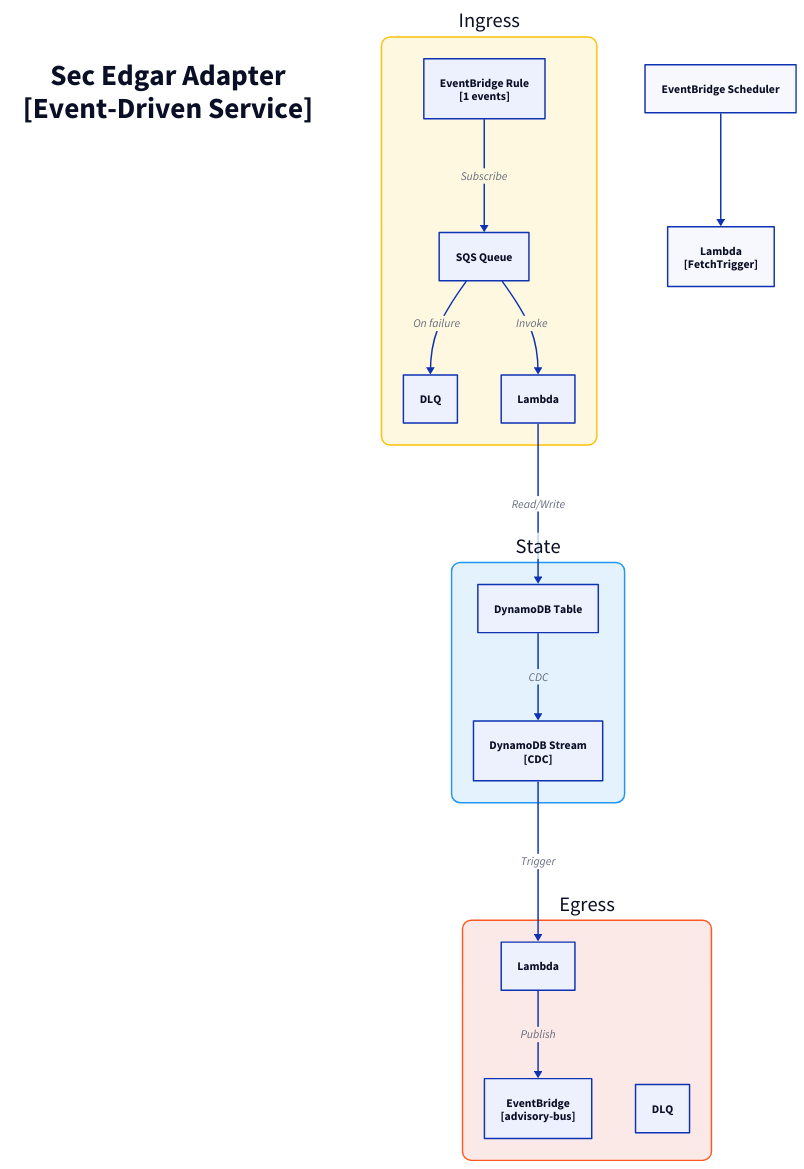
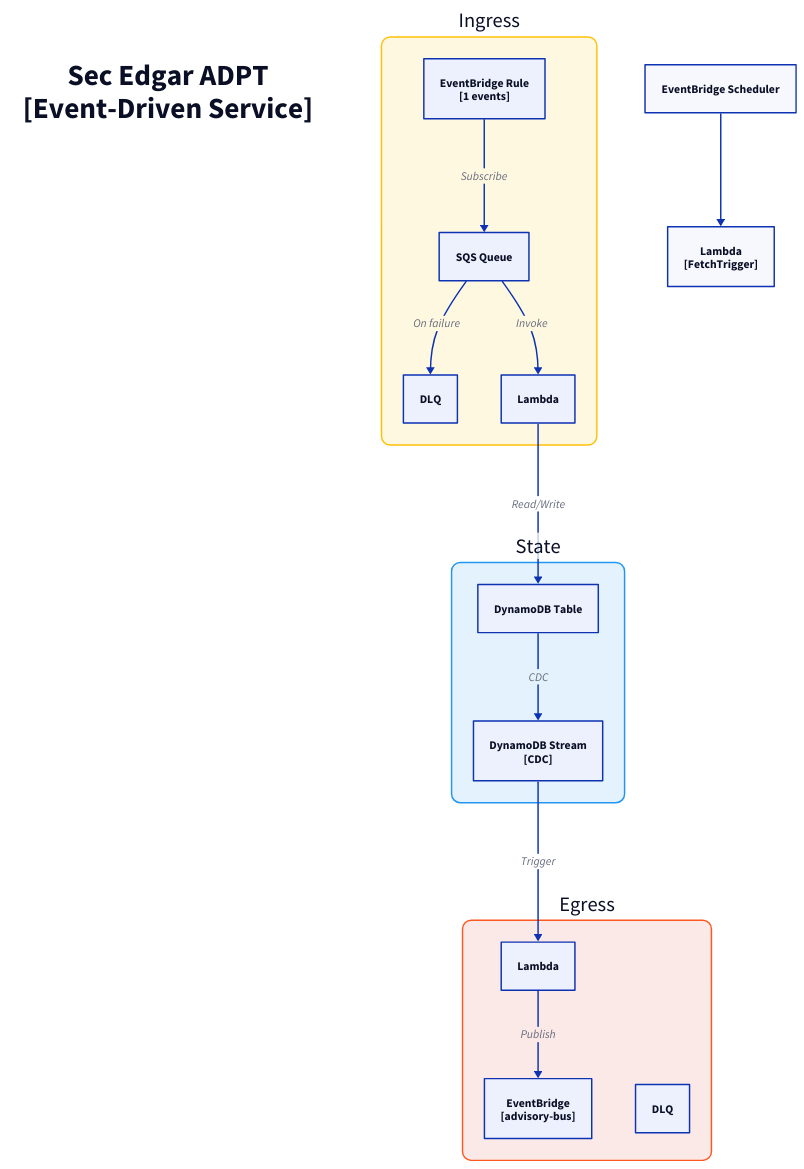
The diagram in docs/architecture/c3/sec-edgar-adpt.d2 (fabio-vitali/nestfolio), drawn with D2 before and after one commit. The commit also changed 57 other files, not shown here.

Commit message:
fix: c4 diagrams fixes

```diff
--- a/docs/architecture/c3/sec-edgar-adpt.d2
+++ b/docs/architecture/c3/sec-edgar-adpt.d2
@@ -1,42 +1,42 @@
 direction: down
 
-title: "Sec Edgar Adapter\n[Event-Driven Service]" {
+title: "Sec Edgar ADPT\n[Event-Driven Service]" {
   style: { font-size: 40; bold: true; fill: transparent; stroke: transparent }
 }
 
 ingress: "Ingress" {
   style: { fill: "#FFF8E1"; stroke: "#FFC107"; border-radius: 12; font-size: 28 }
   rule: "EventBridge Rule\n[1 events]" { class: aws-eventbridge }
   sqs: "SQS Queue" { class: aws-sqs }
   dlq: "DLQ" { class: aws-dlq }
   handler: "Lambda" { class: aws-lambda }
 
   rule -> sqs: Subscribe
   sqs -> handler: Invoke
   sqs -> dlq: On failure
 }
 
 state: "State" {
   style: { fill: "#E3F2FD"; stroke: "#2196F3"; border-radius: 12; font-size: 28 }
   table: "DynamoDB Table" { class: aws-dynamodb }
   stream: "DynamoDB Stream\n[CDC]" { class: aws-ddb-stream }
   table -> stream: CDC
 }
 
 egress: "Egress" {
   style: { fill: "#FBE9E7"; stroke: "#FF5722"; border-radius: 12; font-size: 28 }
   processor: "Lambda" { class: aws-lambda }
   bus: "EventBridge\n[advisory-bus]" { class: aws-eventbridge }
   dlq: "DLQ" { class: aws-dlq }
 
   processor -> bus: Publish
 }
 
 fetch-trigger: "Lambda\n[FetchTrigger]" { class: aws-lambda }
 
 schedule: "EventBridge Scheduler" { class: aws-eventbridge }
 schedule -> fetch-trigger
 
 # Flows
 ingress.handler -> state.table: Read/Write
 state.stream -> egress.processor: Trigger
```
